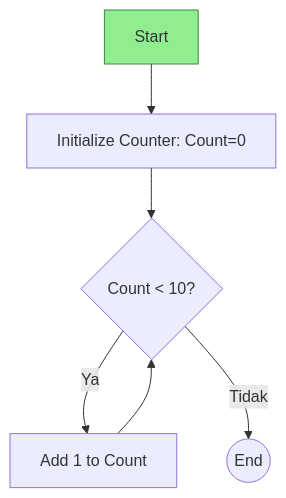
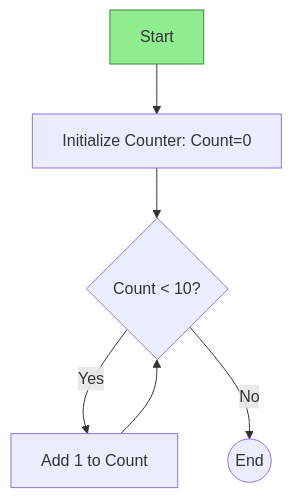
One commit to nurjamilahh/JavaScript-exercises changed the diagram in coba-mermaid.md. Above: the diagram before and after it, drawn with Mermaid. The commit also changed 2 other files, not shown here.

Commit message:
feat: Initial LRmermaid experiment

````diff
--- a/coba-mermaid.md
+++ b/coba-mermaid.md
@@ -1,12 +1,12 @@
 ```mermaid
 graph TD
     A[Start] --> B[Initialize Counter: Count=0]; 
     %% Ini adalah langkah Preparation
     B --> C{Count < 10?};
-    C -- Ya --> D[Add 1 to Count];
+    C -- Yes --> D[Add 1 to Count];
     D --> C;
-    C -- Tidak --> E((End));
+    C -- No --> E((End));
 
     %% Styling tambahan untuk Selesai
     style A fill:#90EE90,stroke:#3C883C,stroke-width:2px; %% Pastikan baris ini TIDAK KOSONG setelahnya
 ```
````
